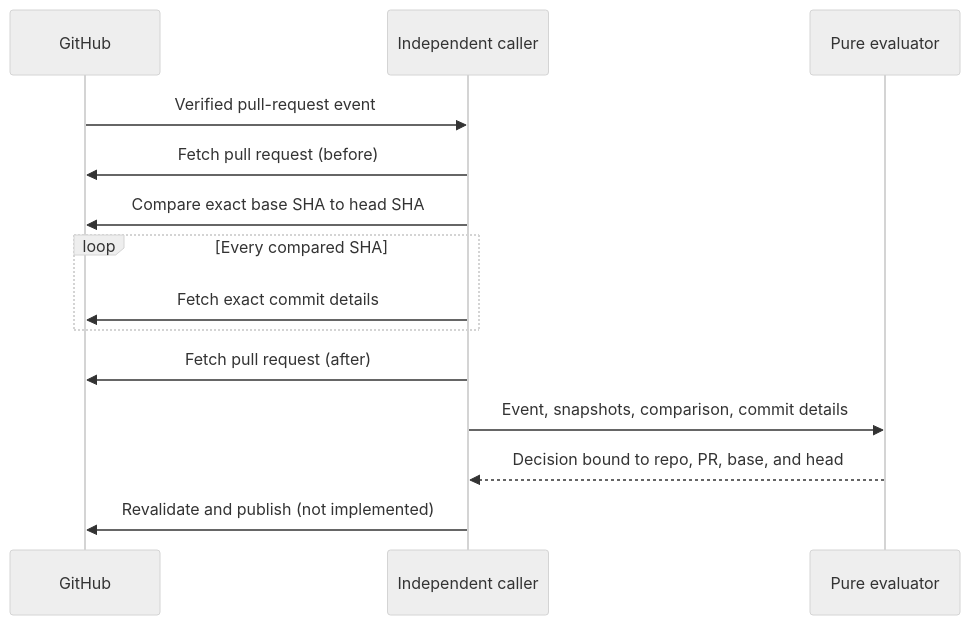
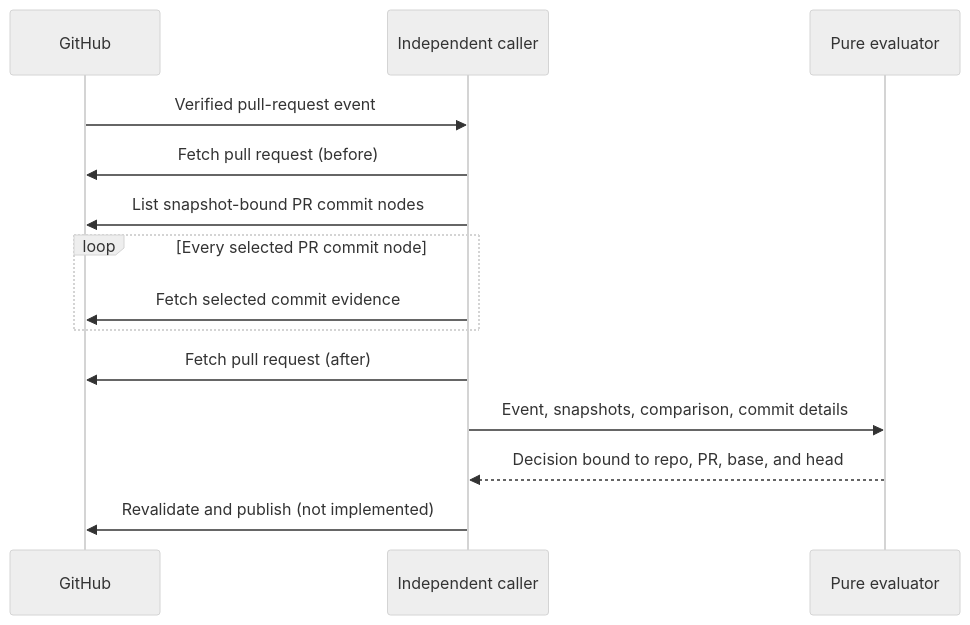
Before and after one commit to stampbot/extra-codeowners: the diagram in docs/reference/dco-evidence.md, drawn with Mermaid (neutral theme). The commit also changed other lines of this file and 6 other files, not shown here.

````diff
--- a/docs/reference/dco-evidence.md
+++ b/docs/reference/dco-evidence.md
@@ -20,17 +20,17 @@
 ```mermaid
 sequenceDiagram
   participant GitHub
   participant Caller as Independent caller
   participant Evaluator as Pure evaluator
 
   GitHub->>Caller: Verified pull-request event
   Caller->>GitHub: Fetch pull request (before)
-  Caller->>GitHub: Compare exact base SHA to head SHA
-  loop Every compared SHA
-    Caller->>GitHub: Fetch exact commit details
+  Caller->>GitHub: List snapshot-bound PR commit nodes
+  loop Every selected PR commit node
+    Caller->>GitHub: Fetch selected commit evidence
   end
   Caller->>GitHub: Fetch pull request (after)
   Caller->>Evaluator: Event, snapshots, comparison, commit details
   Evaluator-->>Caller: Decision bound to repo, PR, base, and head
   Caller->>GitHub: Revalidate and publish (not implemented)
 ```
````
